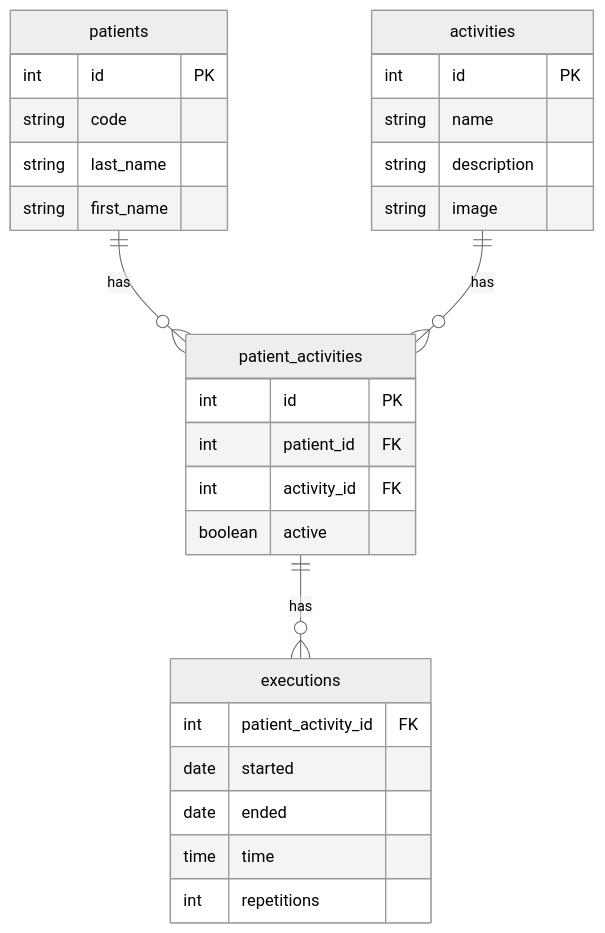
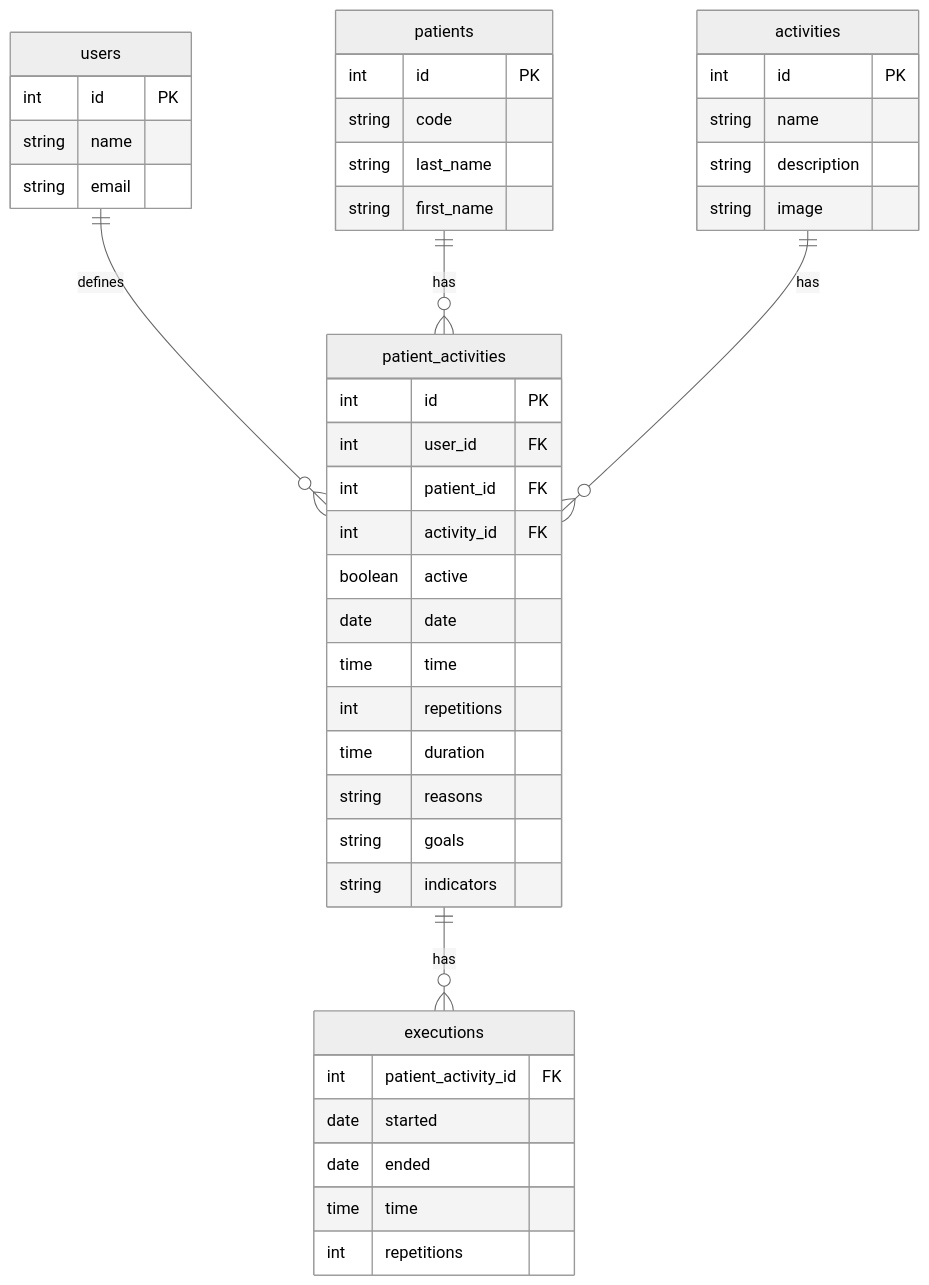
The diagram in docs/1-models-migrations-seeders.md (eormeno/teapp), drawn with Mermaid (neutral theme) before and after one commit. The commit also changed other lines of this file and 5 other files, not shown here.

````diff
--- a/docs/1-models-migrations-seeders.md
+++ b/docs/1-models-migrations-seeders.md
@@ -17,32 +25,46 @@
 ```mermaid
 erDiagram
+    users {
+        int id PK
+        string name
+        string email
+    }
     patients {
         int id PK
         string code
         string last_name
         string first_name
     }
     activities {
         int id PK
         string name
         string description
         string image
     }
     patient_activities {
         int id PK
+        int user_id FK
         int patient_id FK
         int activity_id FK
         boolean active
+        date date
+        time time
+        int repetitions
+        time duration
+        string reasons
+        string goals
+        string indicators
     }
     executions {
         int patient_activity_id FK
         date started
         date ended
         time time
         int repetitions
     }
+    users ||--o{ patient_activities : "defines"
     patients ||--o{ patient_activities : "has"
     activities ||--o{ patient_activities : "has"
     patient_activities ||--o{ executions : "has"
     
 ```
````
